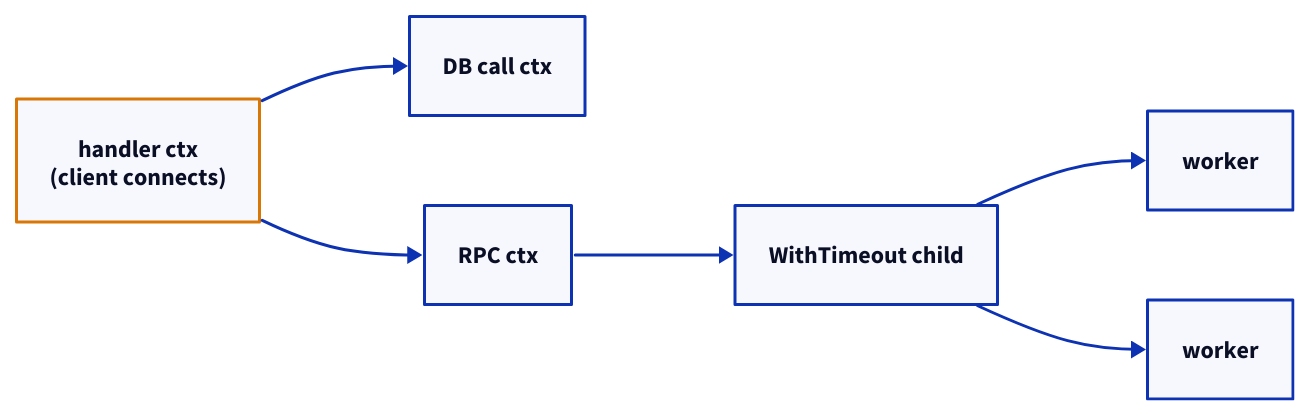
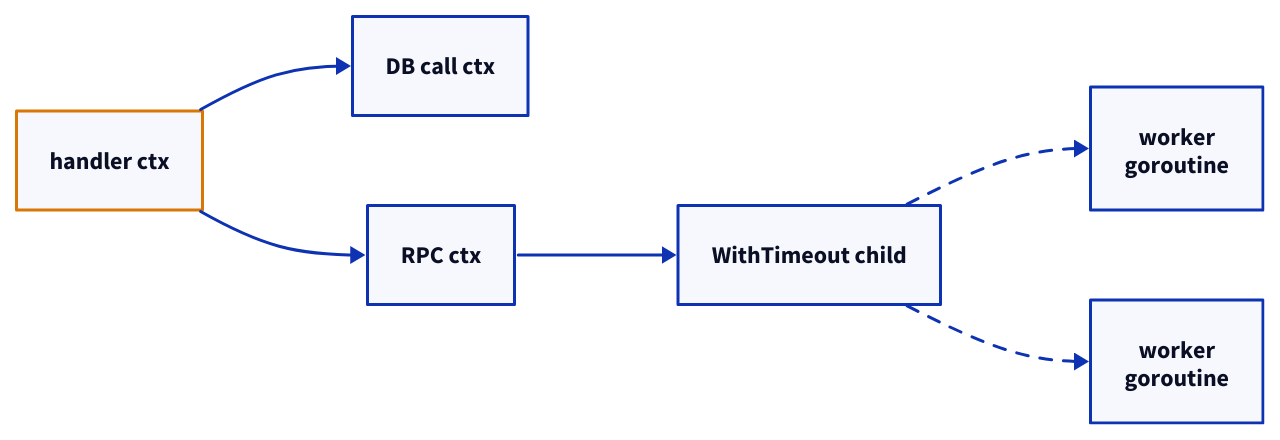
One commit to michael-duren/rubber-duck changed the first of 2 diagrams in courses/advanced-concurrency-go.md. Above: the diagram before and after it, drawn with D2. The commit also changed other lines of this file and 29 other files, not shown here.

````diff
--- a/courses/advanced-concurrency-go.md
+++ b/courses/advanced-concurrency-go.md
@@ -51,19 +54,19 @@
 ```d2
 direction: right
 
-root: "handler ctx\n(client connects)" {
+root: "handler ctx" {
   style.stroke: "#d97706"
   style.stroke-width: 2
 }
 db: "DB call ctx"
 rpc: "RPC ctx"
 child: "WithTimeout child"
-w1: "worker"
-w2: "worker"
+w1: "worker\ngoroutine"
+w2: "worker\ngoroutine"
 
 root -> db
 root -> rpc
 rpc -> child
-child -> w1
-child -> w2
+child -> w1: {style.stroke-dash: 4}
+child -> w2: {style.stroke-dash: 4}
 ```
````
